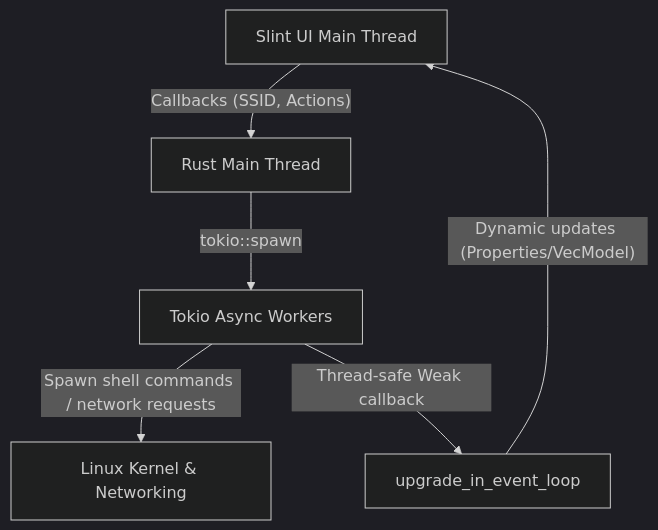
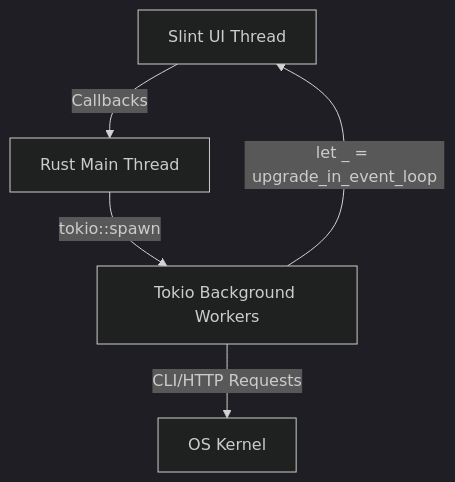
Before and after one commit to thichuong/NetWarp-Manager: the diagram in architecture.md, drawn with Mermaid (dark theme). The commit also changed other lines of this file and 13 other files, not shown here.

Commit message:
docs: implement hybrid slint-rust synchronization model

````diff
--- a/architecture.md
+++ b/architecture.md
@@ -55,8 +30,7 @@
 ```mermaid
 graph TD
-    SlintUI[Slint UI Main Thread] --"Callbacks (SSID, Actions)"--> RustMain[Rust Main Thread]
-    RustMain --"tokio::spawn"--> BgWorkers[Tokio Async Workers]
-    BgWorkers --"Spawn shell commands / network requests"--> OS[Linux Kernel & Networking]
-    BgWorkers --"Thread-safe Weak<AppWindow> callback"--> EventLoop[upgrade_in_event_loop]
-    EventLoop --"Dynamic updates (Properties/VecModel)"--> SlintUI
+    UI[Slint UI Thread] --"Callbacks"--> Rust[Rust Main Thread]
+    Rust --"tokio::spawn"--> BG[Tokio Background Workers]
+    BG --"CLI/HTTP Requests"--> OS[OS Kernel]
+    BG --"let _ = upgrade_in_event_loop"--> UI
 ```
````
